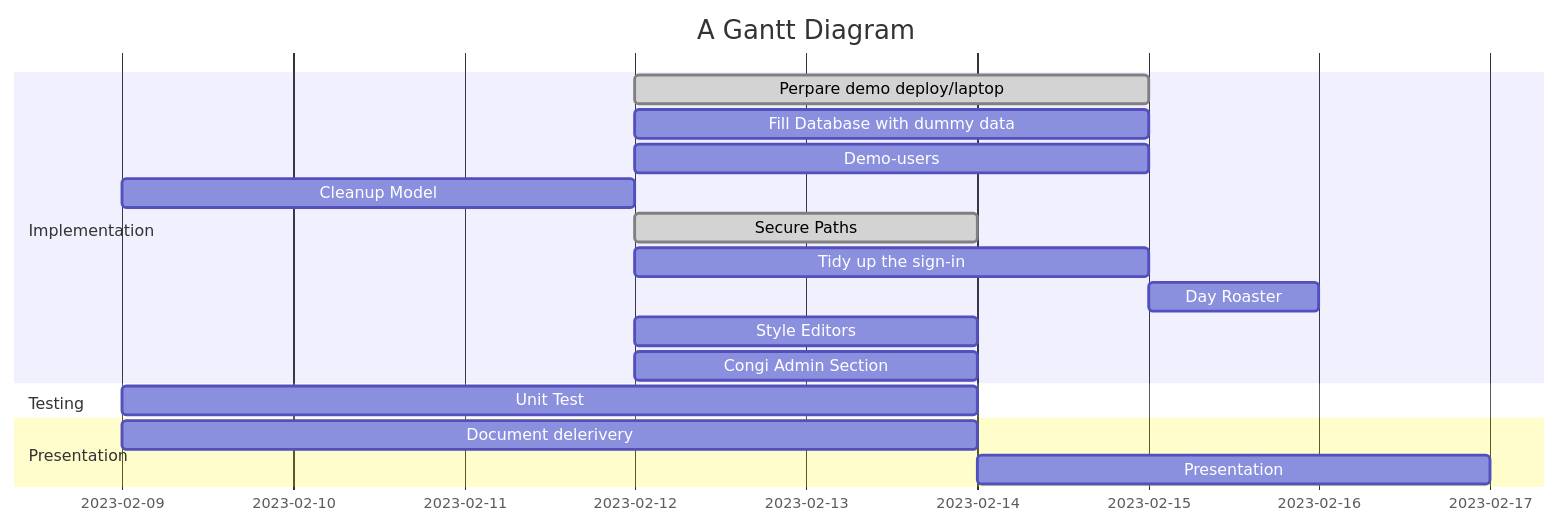
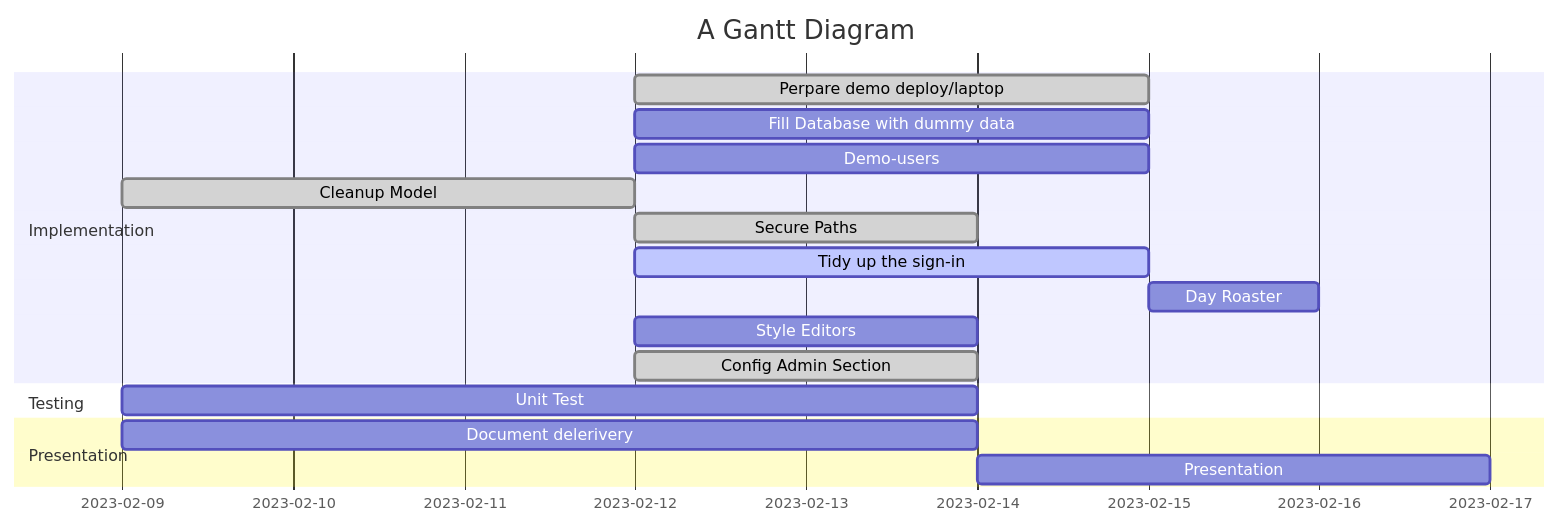
The diagram in docs/diagrams/gantt-diagram.mmd (Zsolt821201/iDentity-ml-fyp-py), drawn with Mermaid before and after one commit. The commit also changed 3 other files, not shown here.

```diff
--- a/docs/diagrams/gantt-diagram.mmd
+++ b/docs/diagrams/gantt-diagram.mmd
@@ -1,18 +1,18 @@
 gantt
     title A Gantt Diagram
     dateFormat  YYYY-MM-DD
     section Implementation
       Perpare demo deploy/laptop :done, a2, after a1  , 3d
       Fill Database with dummy data: after a1  , 3d
       Demo-users :after a1  , 3d
-      Cleanup Model    :a1, 2023-02-09, 3d
+      Cleanup Model    :done, a1, 2023-02-09, 3d
       Secure Paths    :done,after a1  , 2d
-      Tidy up the sign-in     :after a1  , 3d
+      Tidy up the sign-in     :active, after a1  , 3d
       Day Roaster     :a3, after a2  , 1d
       Style Editors     :after a1  , 2d
-      Congi Admin Section     :after a1  , 2d
+      Config Admin Section     :done, after a1  , 2d
     section Testing
       Unit Test      :2023-02-09  , 5d
     section Presentation
       Document delerivery :2023-02-09  , 5d
       Presentation      : 3d
```
